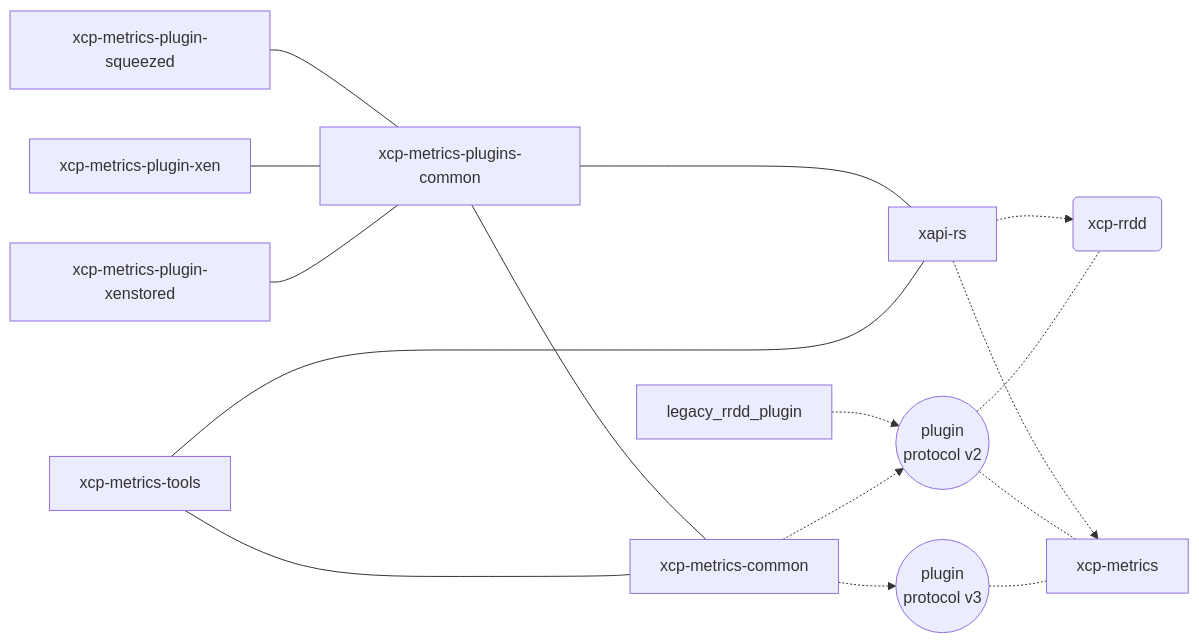
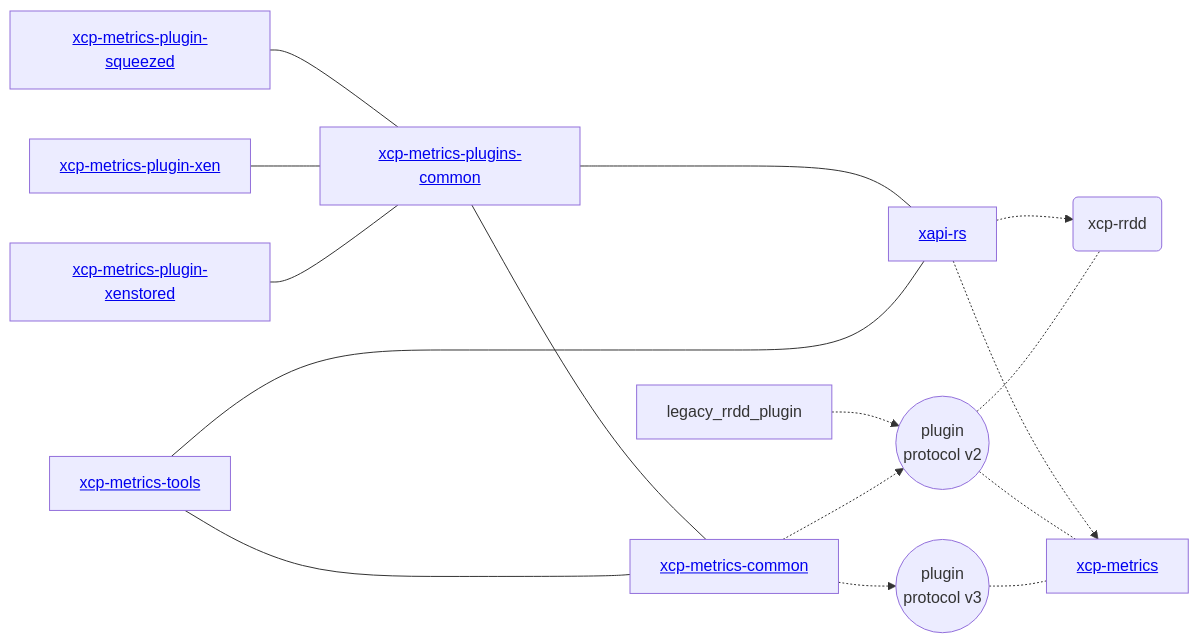
The diagram in README.md (xcp-ng/xcp-metrics), drawn with Mermaid before and after one commit.

Commit message:
Use html <a> tags instead of click in mermaid diagram.

````diff
--- a/README.md
+++ b/README.md
@@ -8,34 +8,26 @@
 ```mermaid
 flowchart LR
-    common[xcp-metrics-common]
-    click common "https://github.com/xcp-ng/xcp-metrics/tree/main/xcp-metrics-common"
-    metrics[xcp-metrics]
-    click metrics "https://github.com/xcp-ng/xcp-metrics/tree/main/xcp-metrics"
-    plugin_common[xcp-metrics-plugins-common]
-    click plugin_common "https://github.com/xcp-ng/xcp-metrics/tree/main/plugins/xcp-metrics-plugin-common"
+    common[<a href='./xcp-metrics-common'>xcp-metrics-common</a>]
+    metrics[<a href='./xcp-metrics'>xcp-metrics</a>]
+    plugin_common[<a href=./plugins/xcp-metrics-plugins-common'>xcp-metrics-plugins-common</a>]
     
-    xapi[xapi-rs]
-    click xapi "https://github.com/xcp-ng/xcp-metrics/tree/main/xapi-rs"
+    xapi[<a href='./xapi-rs'>xapi-rs</a>]
 
-    squeezedp[xcp-metrics-plugin-squeezed]
-    click squeezedp "https://github.com/xcp-ng/xcp-metrics/tree/main/plugins/xcp-metrics-plugin-squeezed"
-    xenp[xcp-metrics-plugin-xen]
-    click xenp "https://github.com/xcp-ng/xcp-metrics/tree/main/plugins/xcp-metrics-plugin-xen"
-    xenstorep[xcp-metrics-plugin-xenstored]
-    click xenstorep "https://github.com/xcp-ng/xcp-metrics/tree/main/plugins/xcp-metrics-plugin-xenstored"
+    squeezedp[<a href=./plugins/xcp-metrics-plugin-squeezed>xcp-metrics-plugin-squeezed</a>]
+    xenp[<a href='./plugins/xcp-metrics-plugin-xen'>xcp-metrics-plugin-xen</a>]
+    xenstorep[<a href='./plugins/xcp-metrics-plugin-xenstored'>xcp-metrics-plugin-xenstored</a>]
 
-    tools[xcp-metrics-tools]
-    click tools "https://github.com/xcp-ng/xcp-metrics/tree/main/xcp-metrics-tools"
+    tools[<a href='./xcp-metrics-tools'>xcp-metrics-tools</a>]
     rrdd(xcp-rrdd)
 
     squeezedp & xenp & xenstorep --- plugin_common
 
     legacy_rrdd_plugin -.-> v2
     common -.-> v2 & v3
     xapi -.-> metrics & rrdd
     plugin_common --- common & xapi
     tools ---- common & xapi
 
     v2((plugin\nprotocol v2)) -.- rrdd & metrics
     v3((plugin\nprotocol v3)) -.- metrics
 ```
````
